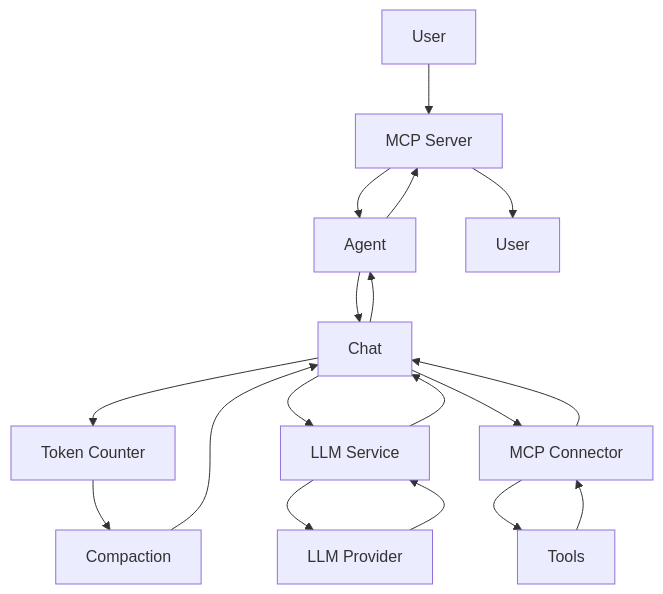
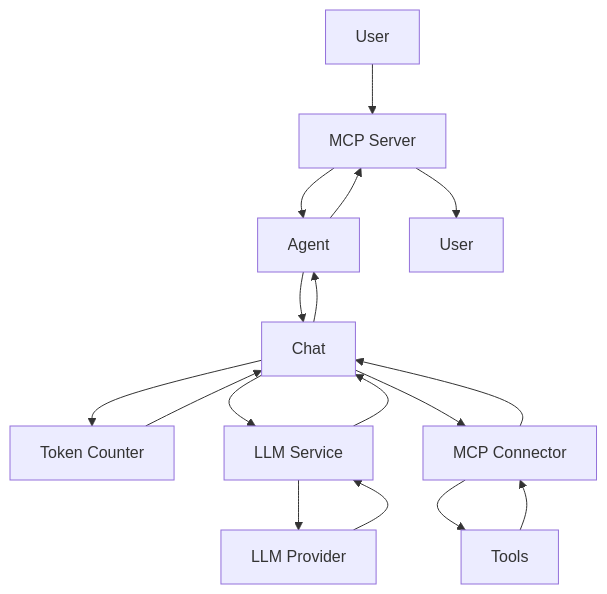
Before and after one commit to korchasa/speelka-agent: the second of 3 diagrams in documents/architecture.md, drawn with Mermaid. The commit also changed other lines of this file and 24 other files, not shown here.

````diff
--- a/documents/architecture.md
+++ b/documents/architecture.md
@@ -86,20 +85,19 @@
 ```mermaid
 graph TD
     A[User] --> B[MCP Server]
     B --> C[Agent]
     C --> D[Chat]
     D --> DA[Token Counter]
-    DA --> DB[Compaction]
-    DB --> D
+    DA --> D
     D --> E[LLM Service]
     E --> F[LLM Provider]
     F --> E
     E --> D
     D --> G[MCP Connector]
     G --> H[Tools]
     H --> G
     G --> D
     D --> C
     C --> B
     B --> I[User]
 ```
````
